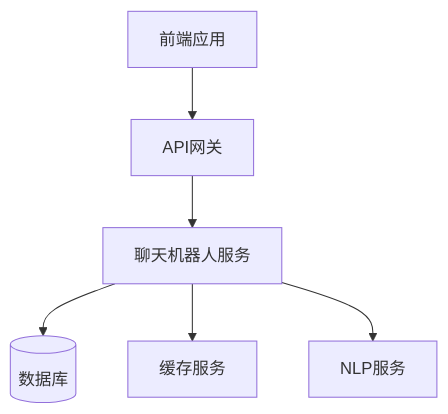
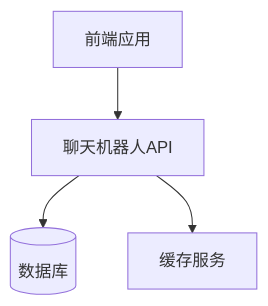
The first of 2 diagrams in advanced/第二章-接口测试驱动开发.md (wutongci/cursor-courses), drawn with Mermaid before and after one commit. The commit also changed other lines of this file and 2 other files, not shown here.

````diff
--- a/advanced/第二章-接口测试驱动开发.md
+++ b/advanced/第二章-接口测试驱动开发.md
@@ -299,8 +241,6 @@
 ```mermaid
 graph TD
-    A[前端应用] --> B[API网关]
-    B --> C[聊天机器人服务]
-    C --> D[(数据库)]
-    C --> E[缓存服务]
-    C --> F[NLP服务]
+    A[前端应用] --> B[聊天机器人API]
+    B --> C[(数据库)]
+    B --> D[缓存服务]
 ```
````
